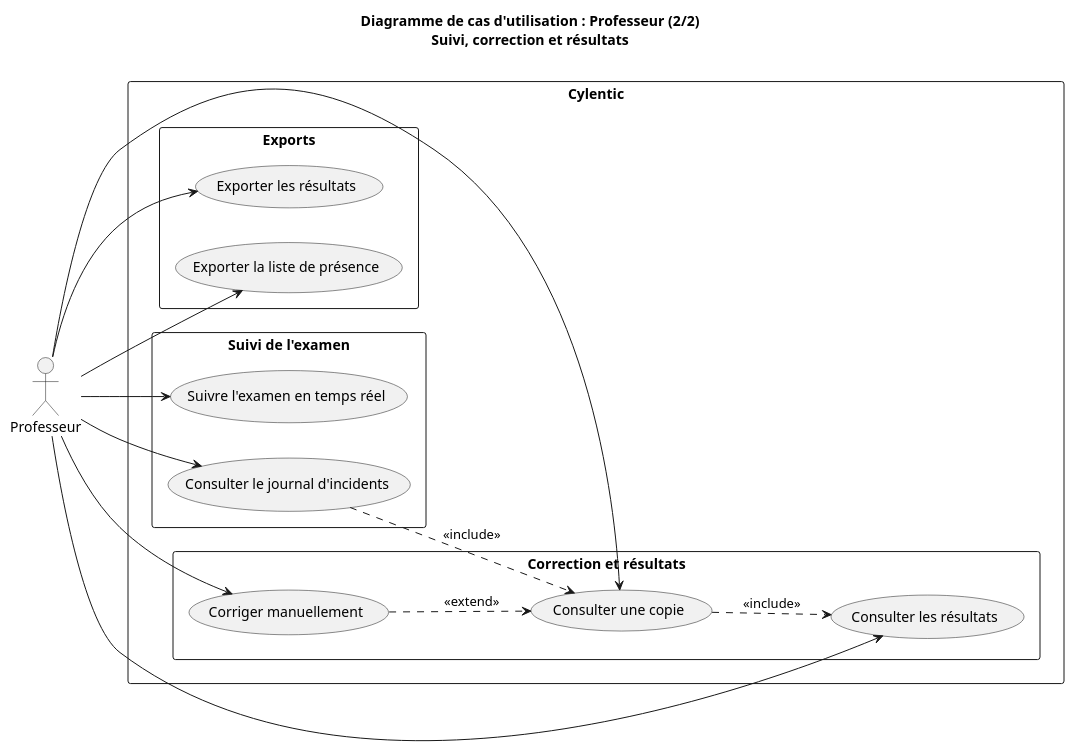
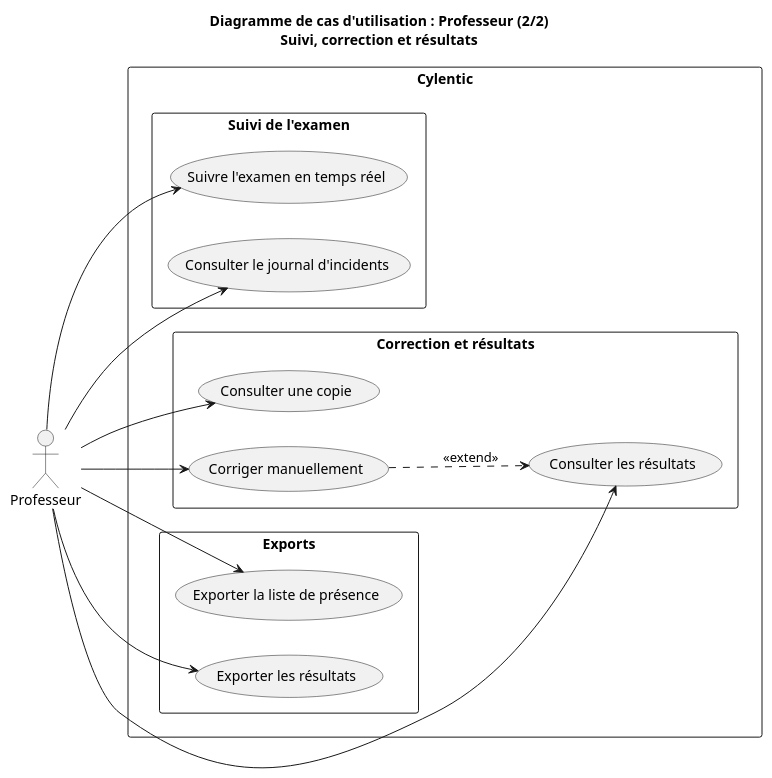
One commit to progirix/cylentic changed the diagram in docs/diagrammes/03b_usecase_professeur_suivi.puml. Above: the diagram before and after it, drawn with PlantUML.

Commit message:
Simplifie les relations du use case Professeur suivi

```diff
--- a/docs/diagrammes/03b_usecase_professeur_suivi.puml
+++ b/docs/diagrammes/03b_usecase_professeur_suivi.puml
@@ -1,41 +1,39 @@
 @startuml
 left to right direction
 skinparam shadowing false
 skinparam packageStyle rectangle
 
 title Diagramme de cas d'utilisation : Professeur (2/2)\nSuivi, correction et résultats
 
 actor "Professeur" as Prof
 
 rectangle "Cylentic" {
 
   package "Suivi de l'examen" {
     usecase "Suivre l'examen en temps réel" as UC16
     usecase "Consulter le journal d'incidents" as UC17
   }
 
   package "Correction et résultats" {
     usecase "Consulter les résultats" as UC18
     usecase "Consulter une copie" as UC19
     usecase "Corriger manuellement" as UC20
   }
 
   package "Exports" {
     usecase "Exporter la liste de présence" as UC21
     usecase "Exporter les résultats" as UC22
   }
 }
 
 Prof --> UC16
 Prof --> UC17
 Prof --> UC18
 Prof --> UC19
 Prof --> UC20
 Prof --> UC21
 Prof --> UC22
 
-UC20 ..> UC19 : <<extend>>
-UC19 ..> UC18 : <<include>>
-UC17 ..> UC19 : <<include>>
+UC20 ..> UC18 : <<extend>>
 
 @enduml
```
